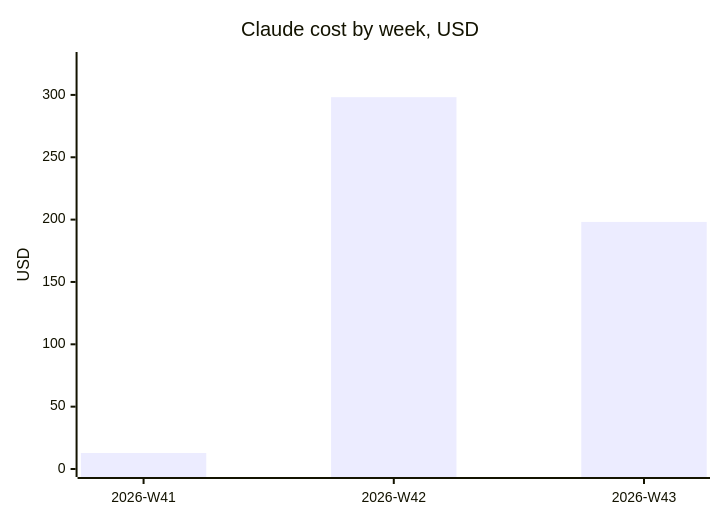
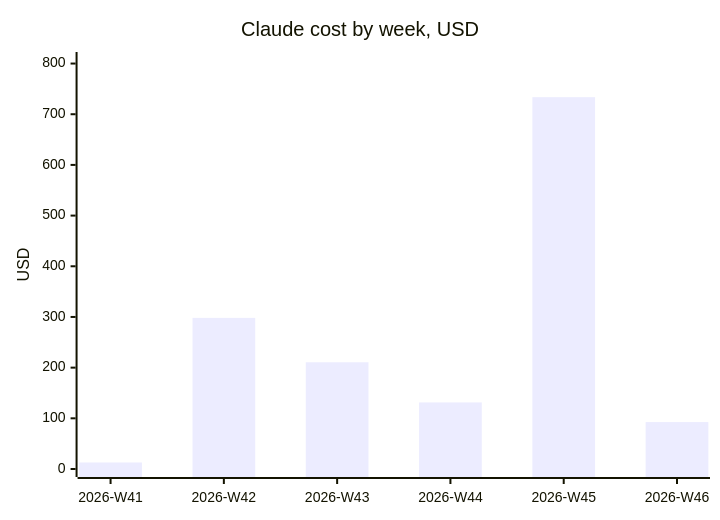
Before and after one commit to eyalgo/ka-reader: the third of 3 diagrams in docs/build_cost.md, drawn with Mermaid. The commit also changed other lines of this file, not shown here.

````diff
--- a/docs/build_cost.md
+++ b/docs/build_cost.md
@@ -117,7 +132,7 @@
 ```mermaid
 xychart-beta
     title "Claude cost by week, USD"
-    x-axis ["2026-W41", "2026-W42", "2026-W43"]
-    y-axis "USD" 0 --> 328
-    bar [12.86, 298.2, 198.14]
+    x-axis ["2026-W41", "2026-W42", "2026-W43", "2026-W44", "2026-W45", "2026-W46"]
+    y-axis "USD" 0 --> 807
+    bar [12.86, 298.2, 210.58, 131.38, 733.64, 92.57]
 ```
````
